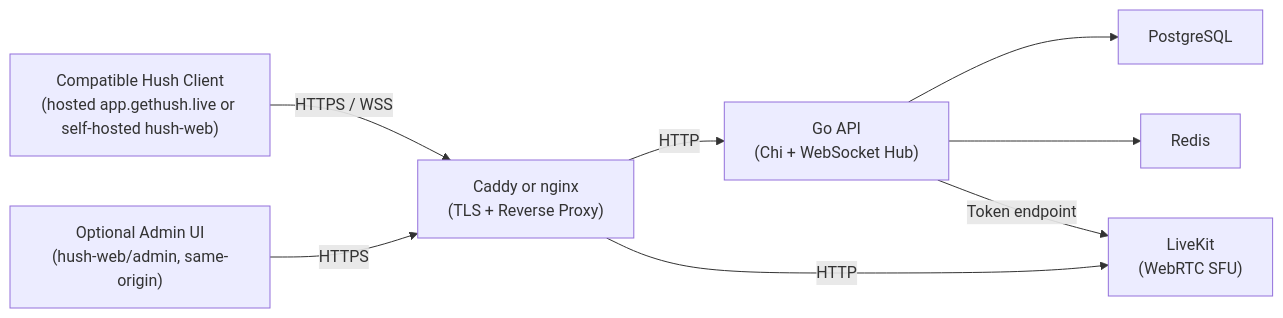
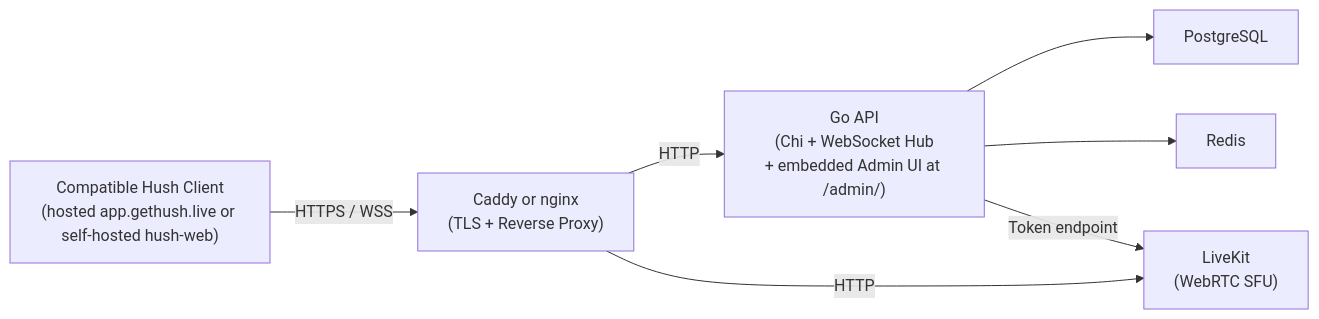
The diagram in ARCHITECTURE.md (hushhq/hush-server), drawn with Mermaid before and after one commit. The commit also changed 27 other files, not shown here.

Commit message:
Embed admin dashboard into hush-server

````diff
--- a/ARCHITECTURE.md
+++ b/ARCHITECTURE.md
@@ -9,18 +9,16 @@
 ```mermaid
 graph LR
     Client["Compatible Hush Client\n(hosted app.gethush.live or self-hosted hush-web)"]
-    Admin["Optional Admin UI\n(hush-web/admin, same-origin)"]
     Proxy["Caddy or nginx\n(TLS + Reverse Proxy)"]
-    API["Go API\n(Chi + WebSocket Hub)"]
+    API["Go API\n(Chi + WebSocket Hub\n+ embedded Admin UI at /admin/)"]
     PG["PostgreSQL"]
     Redis["Redis"]
     LK["LiveKit\n(WebRTC SFU)"]
 
     Client -->|HTTPS / WSS| Proxy
-    Admin -->|HTTPS| Proxy
     Proxy -->|HTTP| API
     Proxy -->|HTTP| LK
     API --> PG
     API --> Redis
     API -->|Token endpoint| LK
 ```
````
